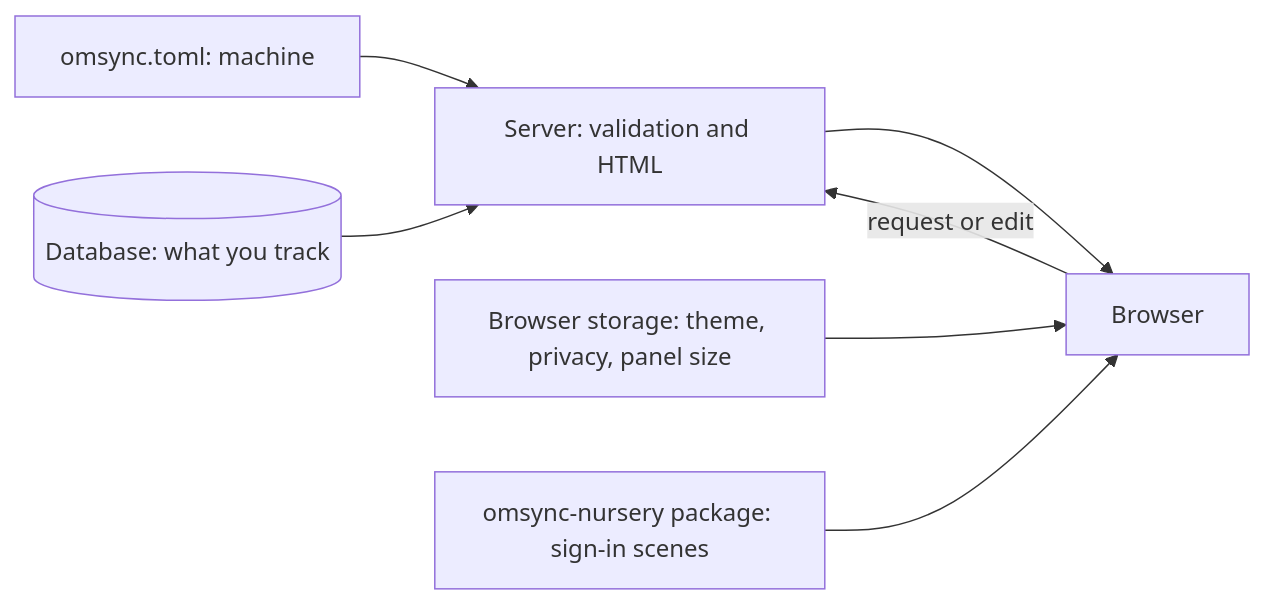
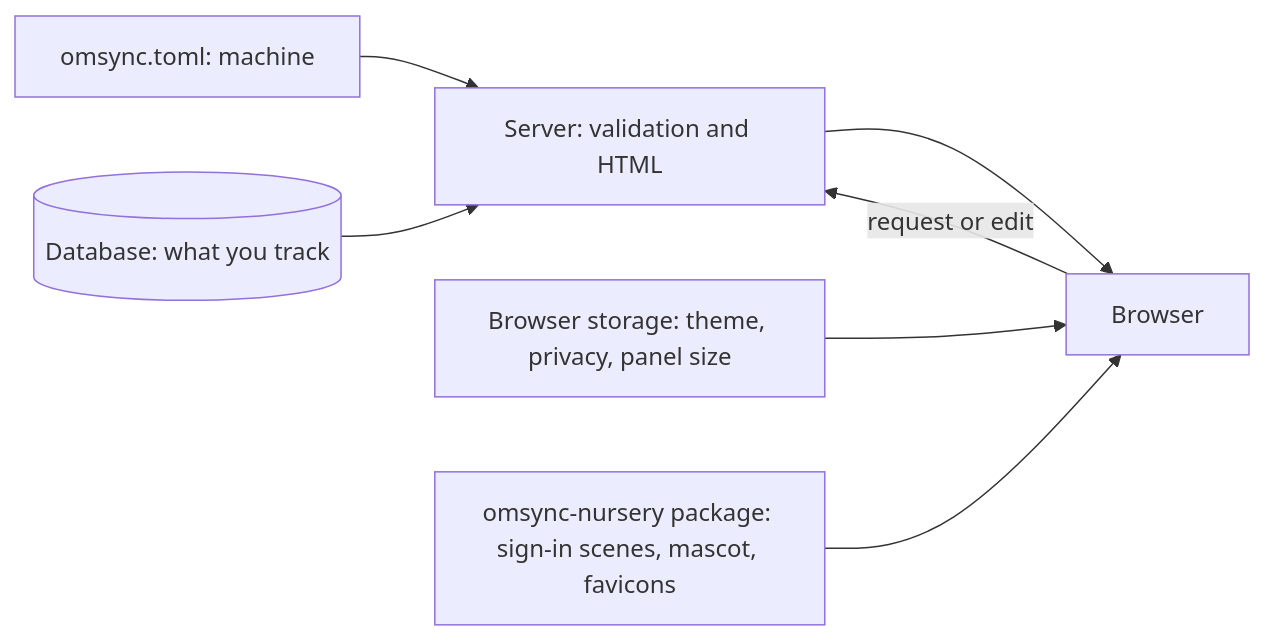
Before and after one commit to spinningyoyo/omsync: the first of 3 diagrams in docs/architecture/interface.md, drawn with Mermaid. The commit also changed other lines of this file and 337 other files, not shown here.

````diff
--- a/docs/architecture/interface.md
+++ b/docs/architecture/interface.md
@@ -10,9 +10,9 @@
 ```mermaid
 flowchart LR
     Server[Server: validation and HTML] --> Browser
     Browser -->|request or edit| Server
     TOML[omsync.toml: machine] --> Server
     DB[(Database: what you track)] --> Server
     Local[Browser storage: theme, privacy, panel size] --> Browser
-    Nursery[omsync-nursery package: sign-in scenes] --> Browser
+    Nursery[omsync-nursery package: sign-in scenes, mascot, favicons] --> Browser
 ```
````
